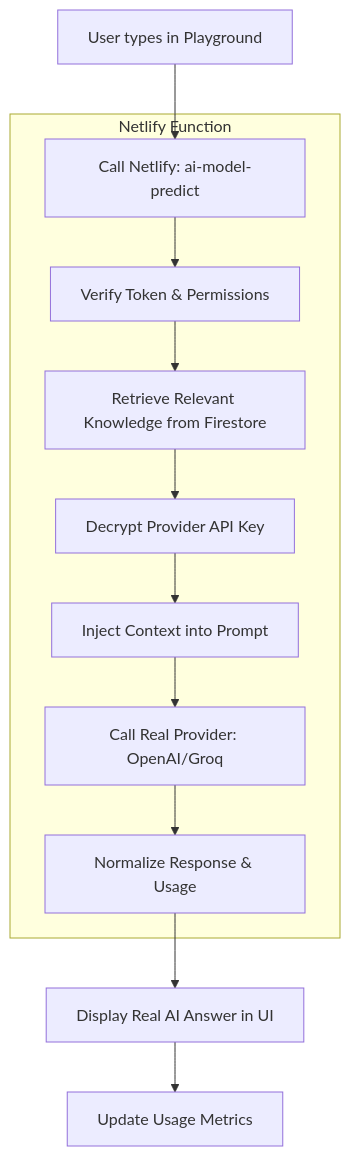
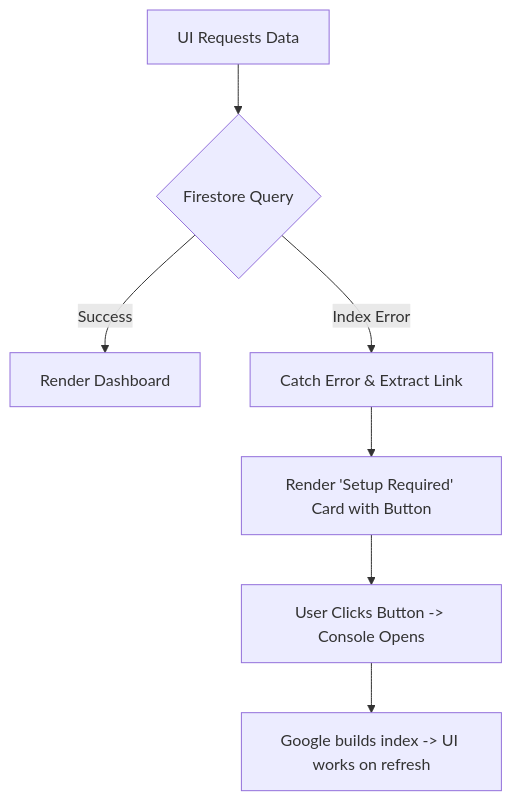
One commit to Suriya663/codez48-web-automation changed the diagram in .artifacts/074f8ead-9721-4f77-87d0-951ebe4b1d7d/implementation_plan.artifact.md. Above: the diagram before and after it, drawn with Mermaid. The commit also changed other lines of this file and 8 other files, not shown here.

Commit message:
Update Netlify function, mail notification, and site intelligence engine

````diff
--- a/.artifacts/074f8ead-9721-4f77-87d0-951ebe4b1d7d/implementation_plan.artifact.md
+++ b/.artifacts/074f8ead-9721-4f77-87d0-951ebe4b1d7d/implementation_plan.artifact.md
@@ -7,16 +7,9 @@
 ```mermaid
 flowchart TD
-    A[User types in Playground] --> B[Call Netlify: ai-model-predict]
-
-    subgraph Backend [Netlify Function]
-        B --> C[Verify Token & Permissions]
-        C --> D[Retrieve Relevant Knowledge from Firestore]
-        D --> E[Decrypt Provider API Key]
-        E --> F[Inject Context into Prompt]
-        F --> G[Call Real Provider: OpenAI/Groq]
-        G --> H[Normalize Response & Usage]
-    end
-
-    H --> I[Display Real AI Answer in UI]
-    I --> J[Update Usage Metrics]
+    A[UI Requests Data] --> B{Firestore Query}
+    B -->|Success| C[Render Dashboard]
+    B -->|Index Error| D[Catch Error & Extract Link]
+    D --> E[Render 'Setup Required' Card with Button]
+    E --> F[User Clicks Button -> Console Opens]
+    F --> G[Google builds index -> UI works on refresh]
 ```
````
